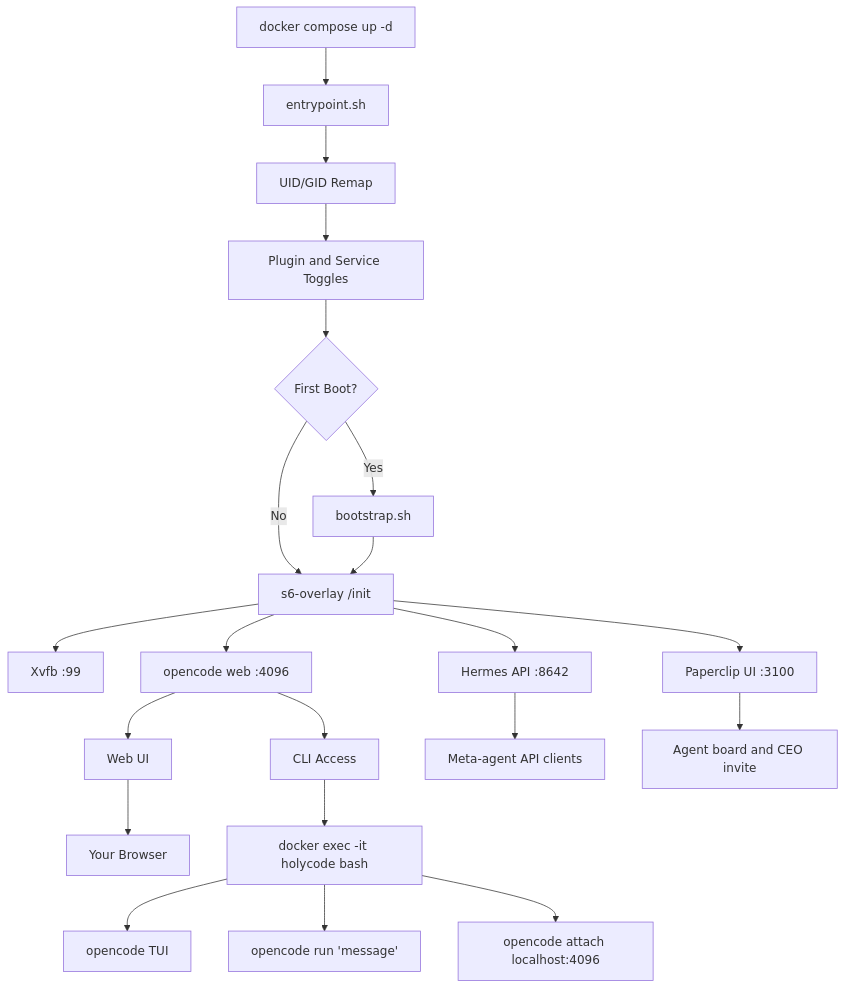
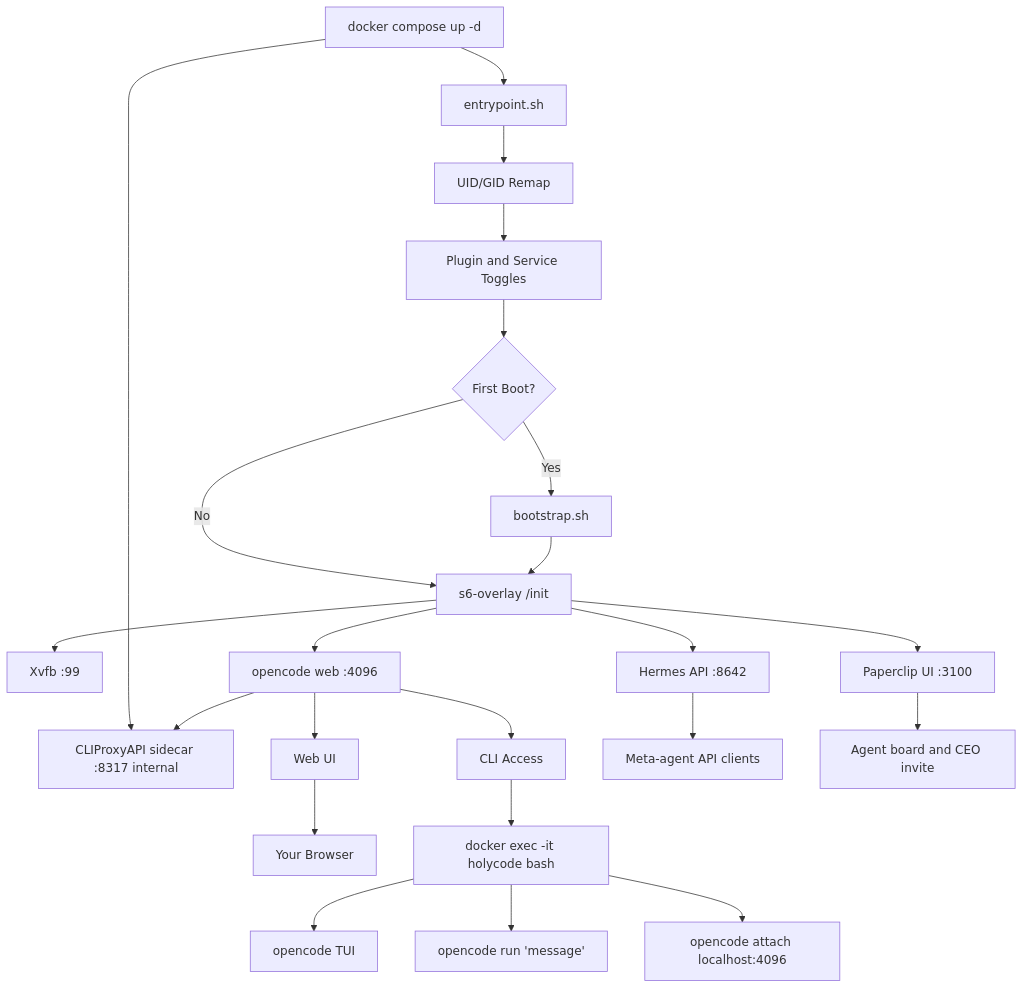
The diagram in README.md (xiaden/HolyCode), drawn with Mermaid before and after one commit. The commit also changed other lines of this file and 5 other files, not shown here.

````diff
--- a/README.md
+++ b/README.md
@@ -571,23 +619,25 @@
 ```mermaid
 graph TD
     A[docker compose up -d] --> B[entrypoint.sh]
     B --> C[UID/GID Remap]
     C --> D[Plugin and Service Toggles]
     D --> E{First Boot?}
     E -->|Yes| F[bootstrap.sh]
     E -->|No| G[s6-overlay /init]
     F --> G
     G --> H[Xvfb :99]
     G --> I[opencode web :4096]
     G --> Q[Hermes API :8642]
     G --> R[Paperclip UI :3100]
+    A --> U[CLIProxyAPI sidecar :8317 internal]
     I --> J[Web UI]
     J --> K[Your Browser]
     I --> L[CLI Access]
     L --> M[docker exec -it holycode bash]
     M --> N[opencode TUI]
     M --> O[opencode run 'message']
     M --> P[opencode attach localhost:4096]
     Q --> S[Meta-agent API clients]
     R --> T[Agent board and CEO invite]
+    I --> U
 ```
````
